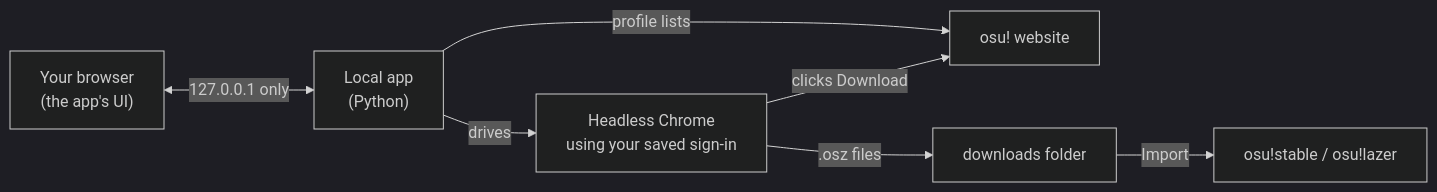
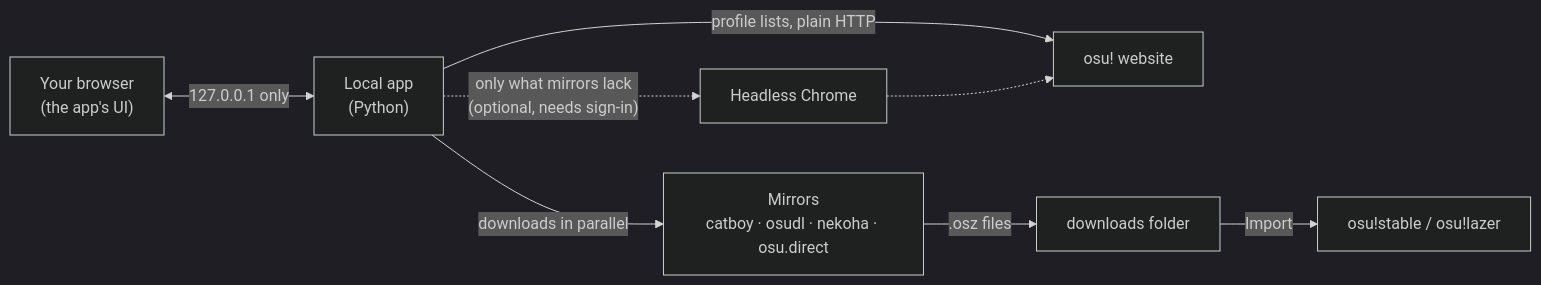
The diagram in README.md (AustinKol/osubeatmapdownloader), drawn with Mermaid (dark theme) before and after one commit. The commit also changed other lines of this file and 11 other files, not shown here.

````diff
--- a/README.md
+++ b/README.md
@@ -138,9 +210,10 @@
 ```mermaid
 flowchart LR
     UI["Your browser<br/>(the app's UI)"] <-->|127.0.0.1 only| App["Local app<br/>(Python)"]
-    App -->|profile lists| API["osu! website"]
-    App -->|drives| Chrome["Headless Chrome<br/>using your saved sign-in"]
-    Chrome -->|clicks Download| API
-    Chrome -->|.osz files| Folder["downloads folder"]
+    App -->|profile lists, plain HTTP| API["osu! website"]
+    App -->|downloads in parallel| M["Mirrors<br/>catboy · osudl · nekoha · osu.direct"]
+    M -->|.osz files| Folder["downloads folder"]
+    App -.->|"only what mirrors lack<br/>(optional, needs sign-in)"| Chrome["Headless Chrome"]
+    Chrome -.-> API
     Folder -->|Import| Osu["osu!stable / osu!lazer"]
 ```
````
